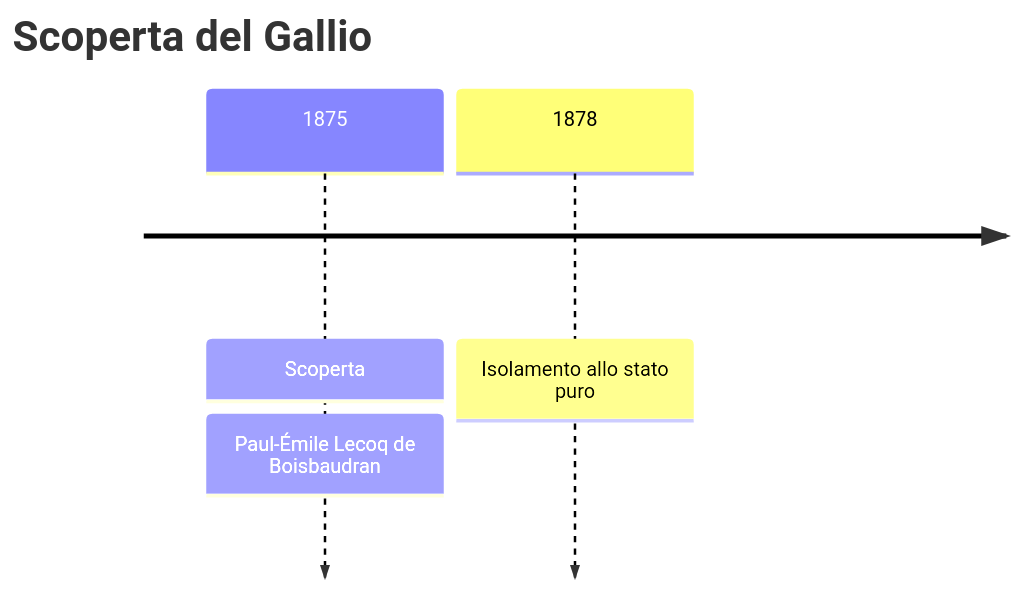
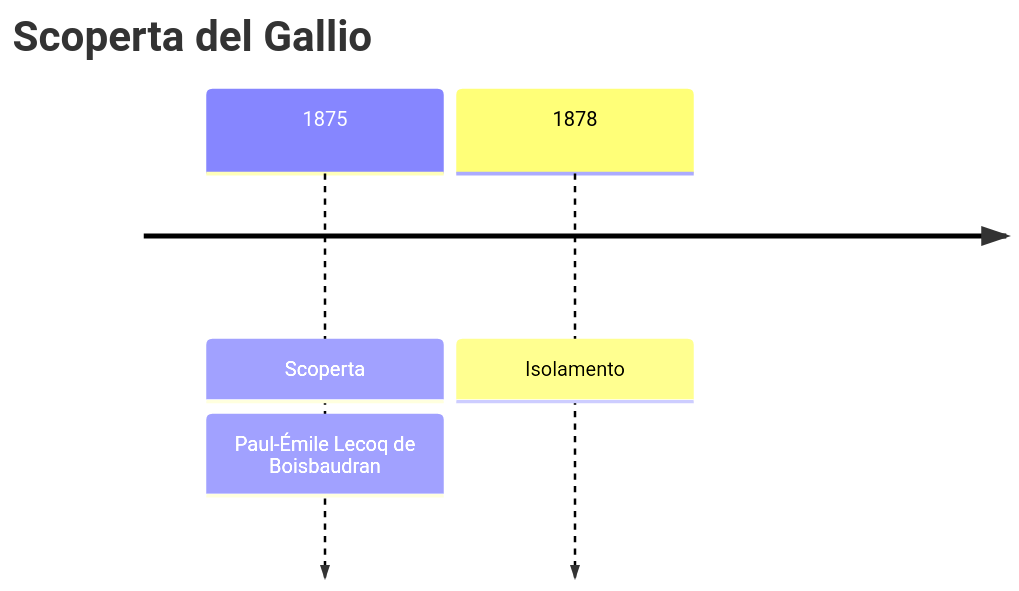
Before and after one commit to gianlucaciarcelluti/elements-caos: the first of 2 diagrams in vault/Elementi/Gallio.md, drawn with Mermaid. The commit also changed 56 other files, not shown here.

````diff
--- a/vault/Elementi/Gallio.md
+++ b/vault/Elementi/Gallio.md
@@ -28,6 +28,6 @@
 ```mermaid
 timeline
     title Scoperta del Gallio
     1875 : Scoperta : Paul-Émile Lecoq de Boisbaudran
-    1878 : Isolamento allo stato puro
+    1878 : Isolamento
 ```
````
